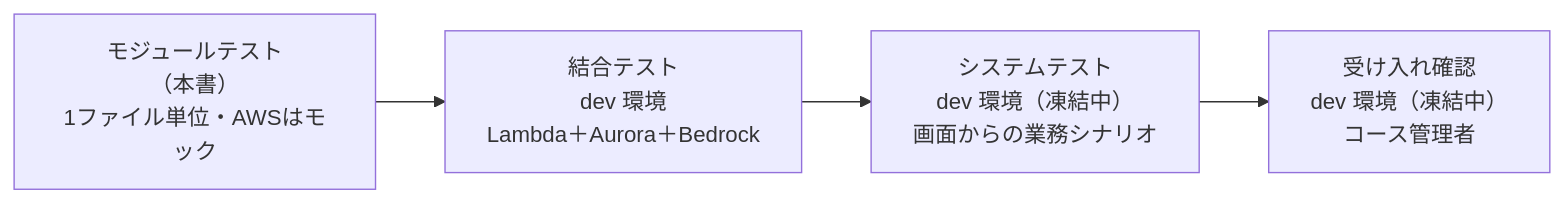
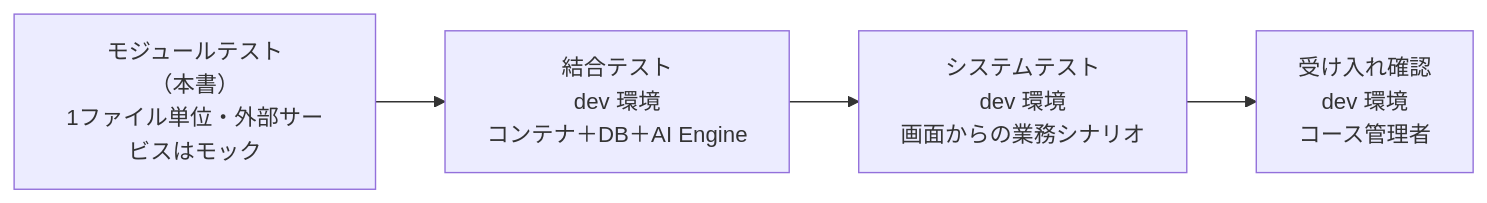
The first of 3 diagrams in documents/モジュールテスト仕様書_RPG学習アプリ.md (pocarialice/rpglearning), drawn with Mermaid before and after one commit. The commit also changed other lines of this file and 5 other files, not shown here.

````diff
--- a/documents/モジュールテスト仕様書_RPG学習アプリ.md
+++ b/documents/モジュールテスト仕様書_RPG学習アプリ.md
@@ -21,6 +21,6 @@
 ```mermaid
 flowchart LR
-  MT["モジュールテスト<br>（本書）<br>1ファイル単位・AWSはモック"] --> IT["結合テスト<br>dev 環境<br>Lambda＋Aurora＋Bedrock"]
-  IT --> ST["システムテスト<br>dev 環境（凍結中）<br>画面からの業務シナリオ"]
-  ST --> UAT["受け入れ確認<br>dev 環境（凍結中）<br>コース管理者"]
+  MT["モジュールテスト<br>（本書）<br>1ファイル単位・外部サービスはモック"] --> IT["結合テスト<br>dev 環境<br>コンテナ＋DB＋AI Engine"]
+  IT --> ST["システムテスト<br>dev 環境<br>画面からの業務シナリオ"]
+  ST --> UAT["受け入れ確認<br>dev 環境<br>コース管理者"]
 ```
````
